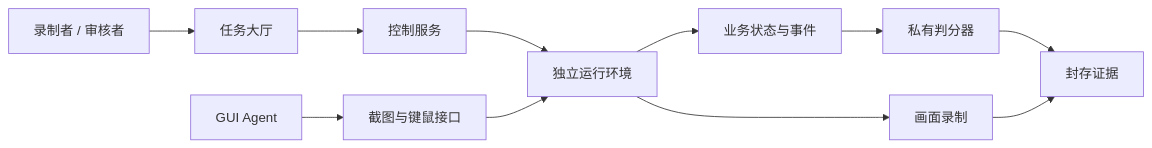
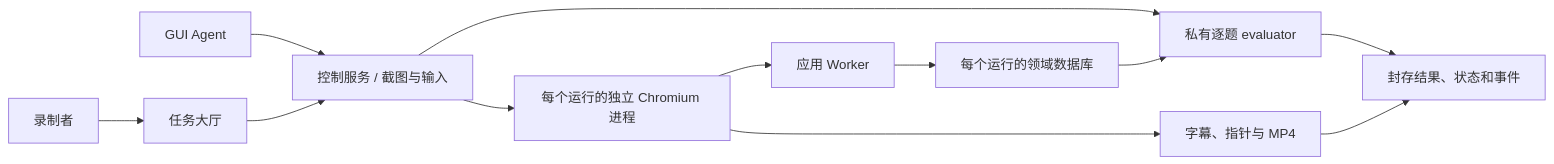
One commit to Aoraku/VideoICLBench changed the diagram in docs/implementation-scope.md. Above: the diagram before and after it, drawn with Mermaid. The commit also changed other lines of this file and 184 other files, not shown here.

````diff
--- a/docs/implementation-scope.md
+++ b/docs/implementation-scope.md
@@ -5,13 +5,14 @@
 ```mermaid
 flowchart LR
-    H[录制者 / 审核者] --> P[任务大厅]
-    M[GUI Agent] --> I[截图与键鼠接口]
-    P --> C[控制服务]
-    C --> R[独立运行环境]
-    I --> R
-    R --> V[画面录制]
-    R --> S[业务状态与事件]
-    S --> E[私有判分器]
-    E --> A[封存证据]
-    V --> A
+    H[录制者] --> P[任务大厅]
+    A[GUI Agent] --> C[控制服务 / 截图与输入]
+    P --> C
+    C --> B[每个运行的独立 Chromium 进程]
+    B --> W[应用 Worker]
+    W --> D[每个运行的领域数据库]
+    C --> E[私有逐题 evaluator]
+    D --> E
+    B --> V[字幕、指针与 MP4]
+    E --> S[封存结果、状态和事件]
+    V --> S
 ```
````
